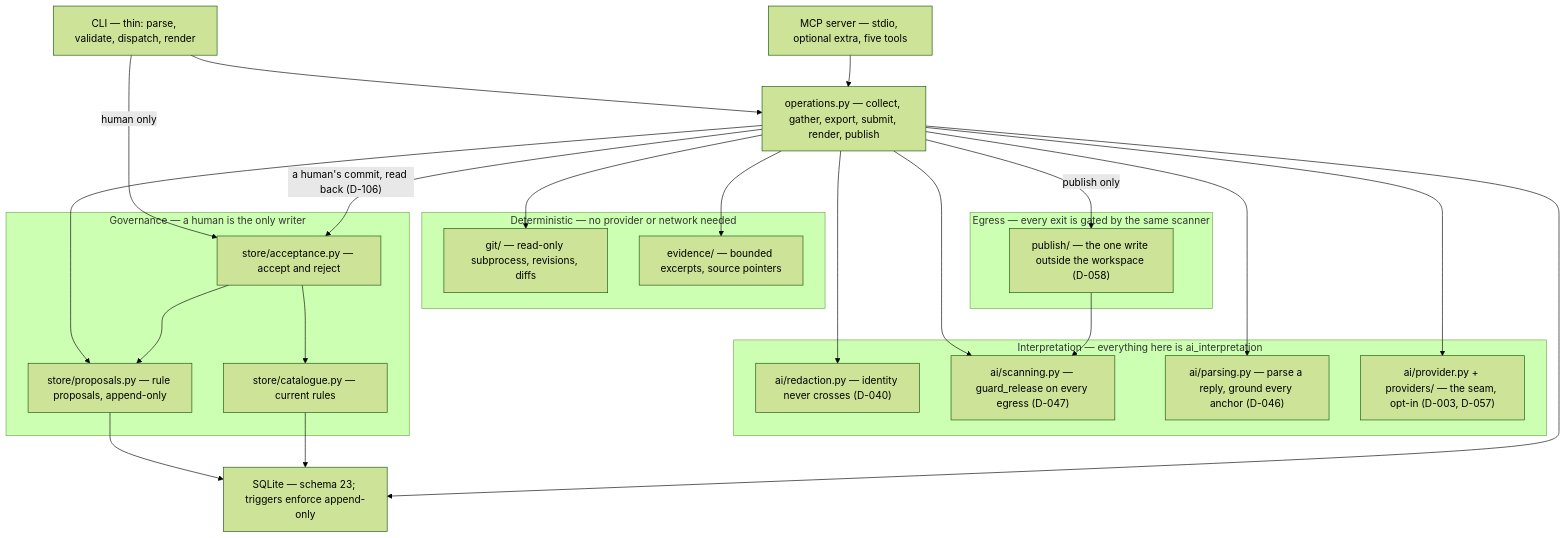
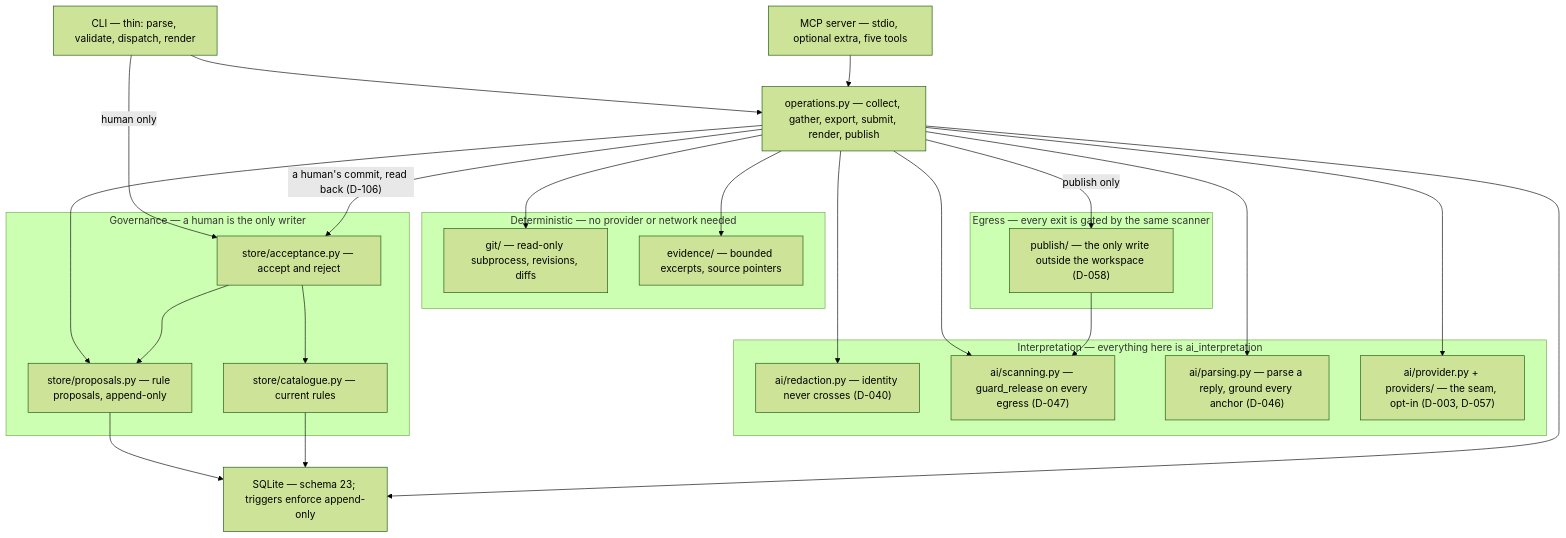
Before and after one commit to padjis/constat: the first of 3 diagrams in ARCHITECTURE.md, drawn with Mermaid (forest theme). The commit also changed other lines of this file and 10 other files, not shown here.

````diff
--- a/ARCHITECTURE.md
+++ b/ARCHITECTURE.md
@@ -33,49 +33,49 @@
 ```mermaid
 flowchart TD
     CLI["CLI — thin: parse, validate, dispatch, render"]
     MCP["MCP server — stdio, optional extra, five tools"]
     OPS["operations.py — collect, gather, export, submit, render, publish"]
 
     subgraph DET["Deterministic — no provider or network needed"]
         GIT["git/ — read-only subprocess, revisions, diffs"]
         EV["evidence/ — bounded excerpts, source pointers"]
     end
 
     subgraph INT["Interpretation — everything here is ai_interpretation"]
         RED["ai/redaction.py — identity never crosses (D-040)"]
         SCAN["ai/scanning.py — guard_release on every egress (D-047)"]
         PARSE["ai/parsing.py — parse a reply, ground every anchor (D-046)"]
         PROV["ai/provider.py + providers/ — the seam, opt-in (D-003, D-057)"]
     end
 
     subgraph OUT["Egress — every exit is gated by the same scanner"]
-        PUB["publish/ — the one write outside the workspace (D-058)"]
+        PUB["publish/ — the only write outside the workspace (D-058)"]
     end
 
     subgraph GOV["Governance — a human is the only writer"]
         REV["store/acceptance.py — accept and reject"]
         CAT["store/catalogue.py — current rules"]
         PROP["store/proposals.py — rule proposals, append-only"]
     end
 
     DB["SQLite — schema 23; triggers enforce append-only"]
 
     CLI --> OPS
     MCP --> OPS
     CLI -->|"human only"| REV
     OPS -->|"a human's commit, read back (D-106)"| REV
     OPS --> GIT
     OPS --> EV
     OPS --> RED
     OPS --> SCAN
     OPS --> PARSE
     OPS --> PROV
     OPS --> PROP
     OPS -->|"publish only"| PUB
     PUB --> SCAN
     REV --> CAT
     REV --> PROP
     PROP --> DB
     CAT --> DB
     OPS --> DB
 ```
````
